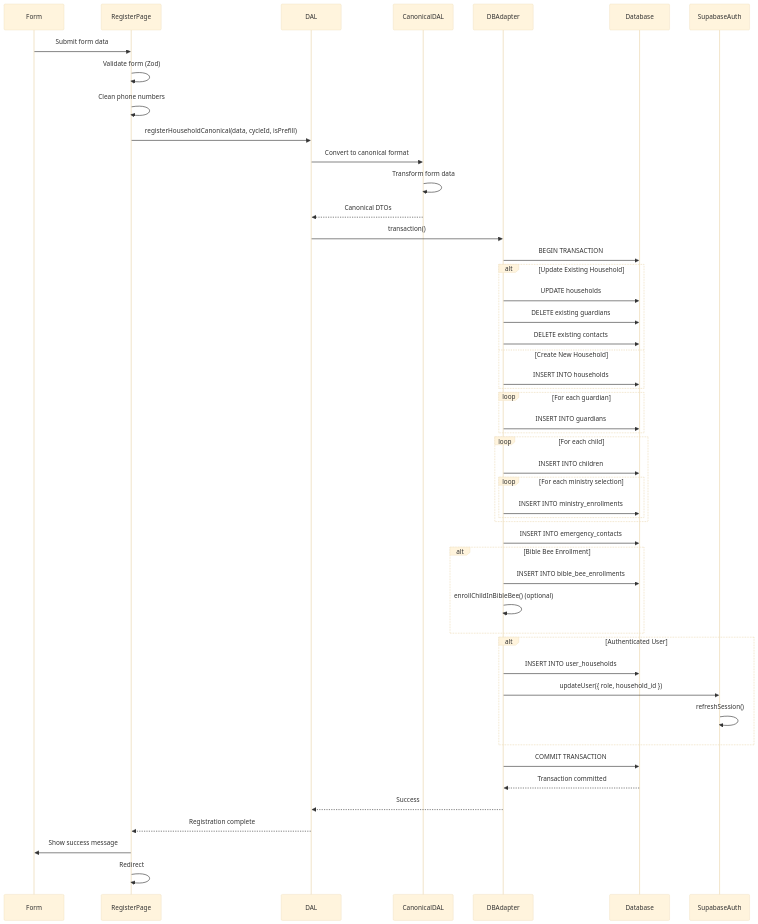
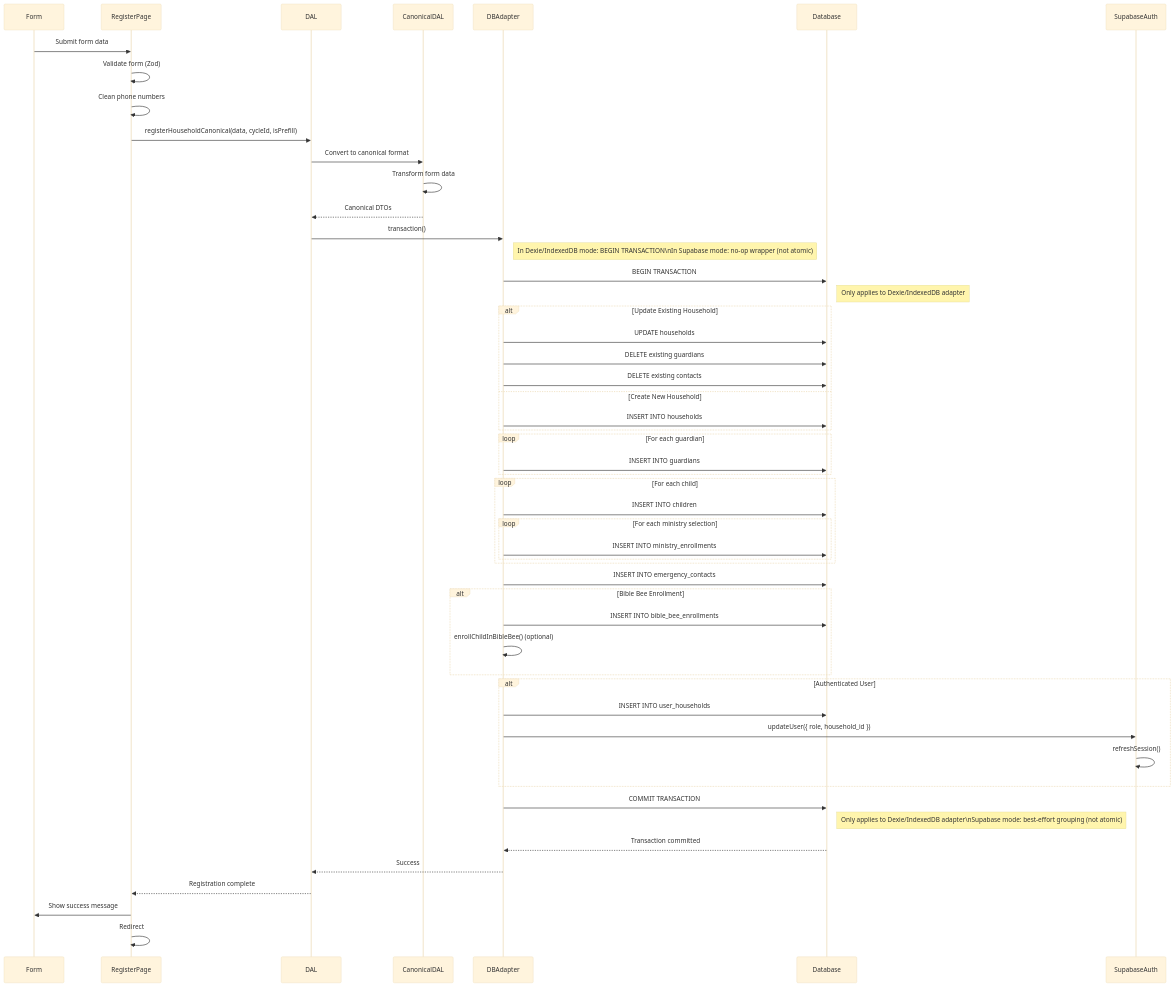
One commit to tzlukoma/gather-kids changed the diagram in docs/flows/shared/registration-flow.md. Above: the diagram before and after it, drawn with Mermaid (base theme). The commit also changed other lines of this file and 1 other file, not shown here.

````diff
--- a/docs/flows/shared/registration-flow.md
+++ b/docs/flows/shared/registration-flow.md
@@ -176,61 +198,64 @@
 ```mermaid
 sequenceDiagram
     participant Form
     participant RegisterPage
     participant DAL
     participant CanonicalDAL
     participant DBAdapter
     participant Database
     participant SupabaseAuth
 
     Form->>RegisterPage: Submit form data
     RegisterPage->>RegisterPage: Validate form (Zod)
     RegisterPage->>RegisterPage: Clean phone numbers
     RegisterPage->>DAL: registerHouseholdCanonical(data, cycleId, isPrefill)
     
     DAL->>CanonicalDAL: Convert to canonical format
     CanonicalDAL->>CanonicalDAL: Transform form data
     CanonicalDAL-->>DAL: Canonical DTOs
     
     DAL->>DBAdapter: transaction()
+    note right of DBAdapter: In Dexie/IndexedDB mode: BEGIN TRANSACTION\nIn Supabase mode: no-op wrapper (not atomic)
     DBAdapter->>Database: BEGIN TRANSACTION
+    note right of Database: Only applies to Dexie/IndexedDB adapter
     
     alt Update Existing Household
         DBAdapter->>Database: UPDATE households
         DBAdapter->>Database: DELETE existing guardians
         DBAdapter->>Database: DELETE existing contacts
     else Create New Household
         DBAdapter->>Database: INSERT INTO households
     end
     
     loop For each guardian
         DBAdapter->>Database: INSERT INTO guardians
     end
     
     loop For each child
         DBAdapter->>Database: INSERT INTO children
         loop For each ministry selection
             DBAdapter->>Database: INSERT INTO ministry_enrollments
         end
     end
     
     DBAdapter->>Database: INSERT INTO emergency_contacts
     
     alt Bible Bee Enrollment
         DBAdapter->>Database: INSERT INTO bible_bee_enrollments
         DBAdapter->>DBAdapter: enrollChildInBibleBee() (optional)
     end
     
     alt Authenticated User
         DBAdapter->>Database: INSERT INTO user_households
         DBAdapter->>SupabaseAuth: updateUser({ role, household_id })
         SupabaseAuth->>SupabaseAuth: refreshSession()
     end
     
     DBAdapter->>Database: COMMIT TRANSACTION
+    note right of Database: Only applies to Dexie/IndexedDB adapter\nSupabase mode: best-effort grouping (not atomic)
     Database-->>DBAdapter: Transaction committed
     DBAdapter-->>DAL: Success
     DAL-->>RegisterPage: Registration complete
     RegisterPage->>Form: Show success message
     RegisterPage->>RegisterPage: Redirect
 ```
````
